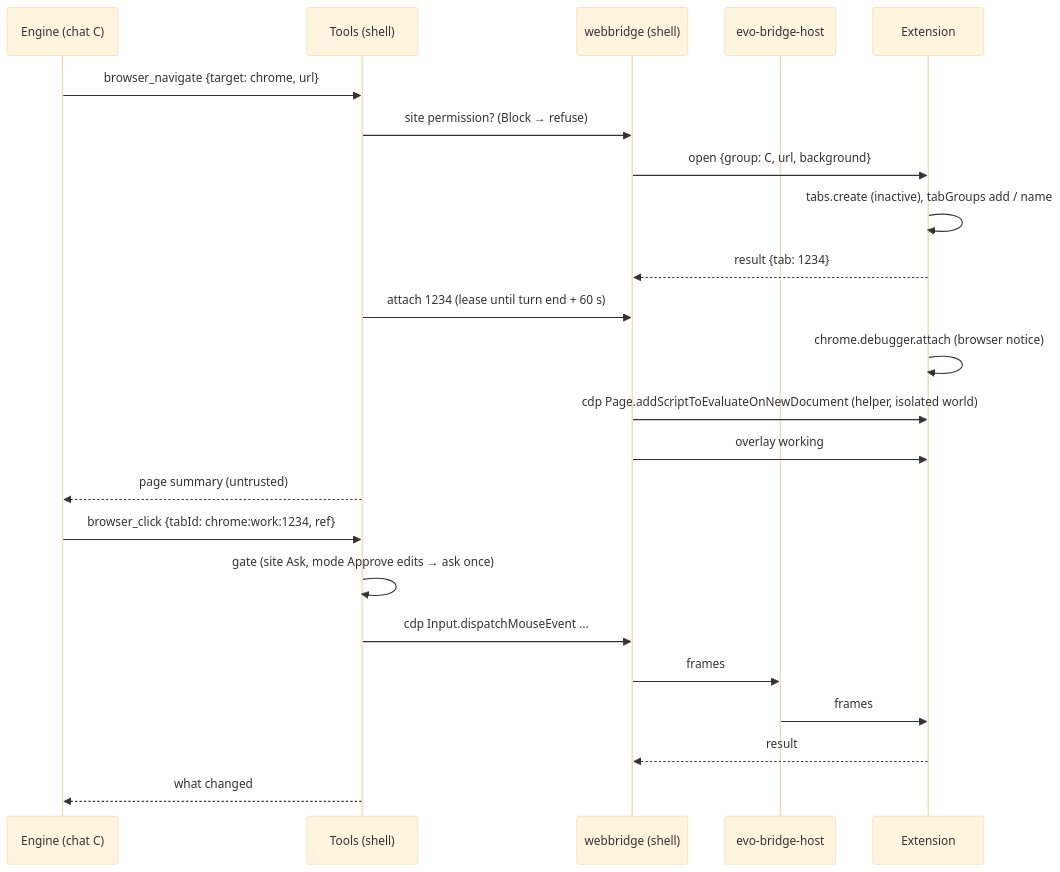
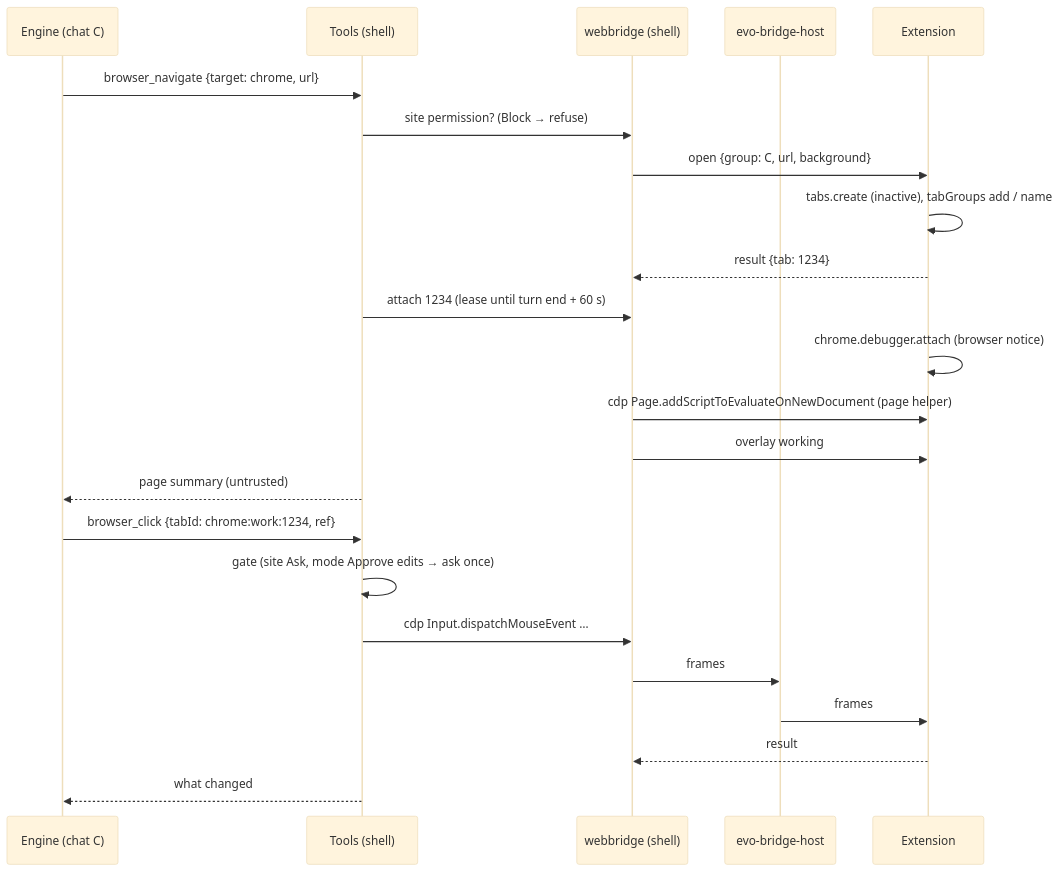
Before and after one commit to evoelsewhere/evo-harness: the diagram in docs/features/browser-bridge/plan.md, drawn with Mermaid (base theme). The commit also changed other lines of this file and 6 other files, not shown here.

````diff
--- a/docs/features/browser-bridge/plan.md
+++ b/docs/features/browser-bridge/plan.md
@@ -286,25 +286,25 @@
 ```mermaid
 sequenceDiagram
   participant E as Engine (chat C)
   participant T as Tools (shell)
   participant B as webbridge (shell)
   participant H as evo-bridge-host
   participant X as Extension
   E->>T: browser_navigate {target: chrome, url}
   T->>B: site permission? (Block → refuse)
   B->>X: open {group: C, url, background}
   X->>X: tabs.create (inactive), tabGroups add / name
   X-->>B: result {tab: 1234}
   T->>B: attach 1234 (lease until turn end + 60 s)
   X->>X: chrome.debugger.attach (browser notice)
-  B->>X: cdp Page.addScriptToEvaluateOnNewDocument (helper, isolated world)
+  B->>X: cdp Page.addScriptToEvaluateOnNewDocument (page helper)
   B->>X: overlay working
   T-->>E: page summary (untrusted)
   E->>T: browser_click {tabId: chrome:work:1234, ref}
   T->>T: gate (site Ask, mode Approve edits → ask once)
   T->>B: cdp Input.dispatchMouseEvent …
   B->>H: frames
   H->>X: frames
   X-->>B: result
   T-->>E: what changed
 ```
````
